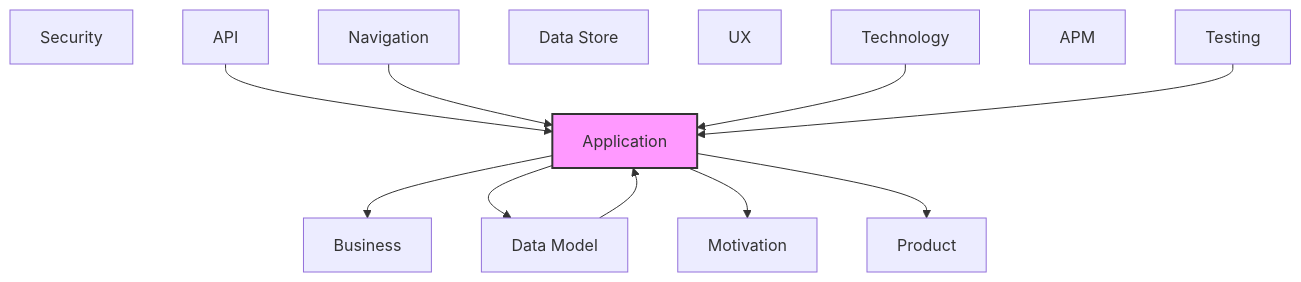
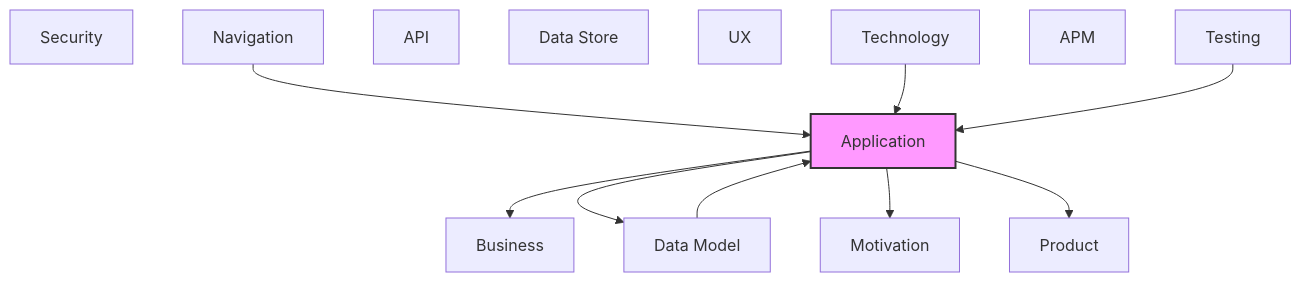
The diagram in documentation-robotics/reports/05-application-layer-report.md (tinkermonkey/heimdall), drawn with Mermaid before and after one commit. The commit also changed other lines of this file and 18 other files, not shown here.

````diff
--- a/documentation-robotics/reports/05-application-layer-report.md
+++ b/documentation-robotics/reports/05-application-layer-report.md
@@ -131,27 +159,26 @@
 ```mermaid
 flowchart TB
   classDef current fill:#f9f,stroke:#333,stroke-width:2px
   motivation["Motivation"]
   business["Business"]
   product["Product"]
   security["Security"]
   application["Application"]
   technology["Technology"]
   api["API"]
   data_model["Data Model"]
   data_store["Data Store"]
   ux["UX"]
   navigation["Navigation"]
   apm["APM"]
   testing["Testing"]
-  api --> application
   application --> business
   application --> data_model
   application --> motivation
   application --> product
   data_model --> application
   navigation --> application
   technology --> application
   testing --> application
   class application current
 ```
````
